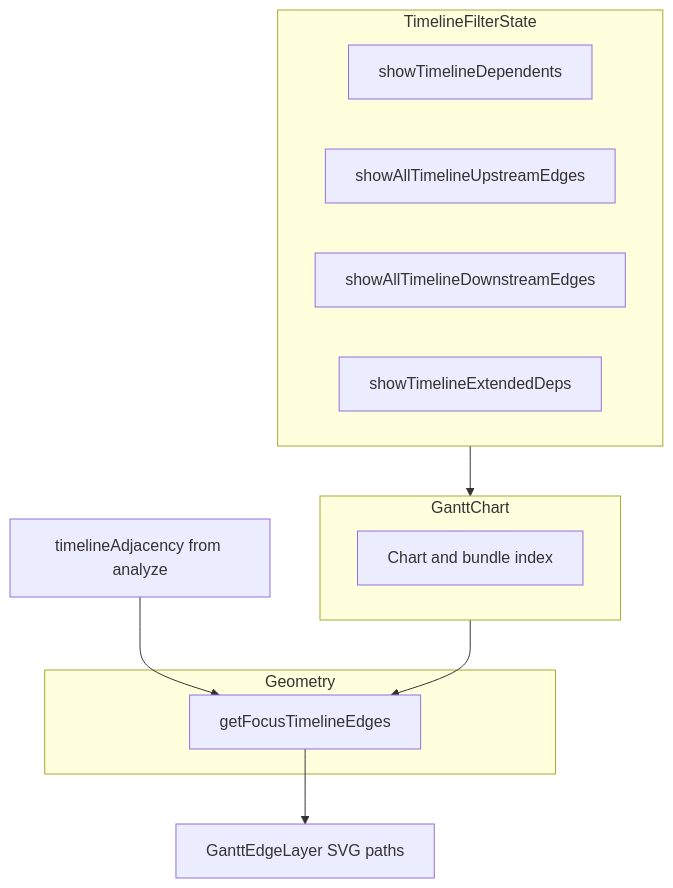
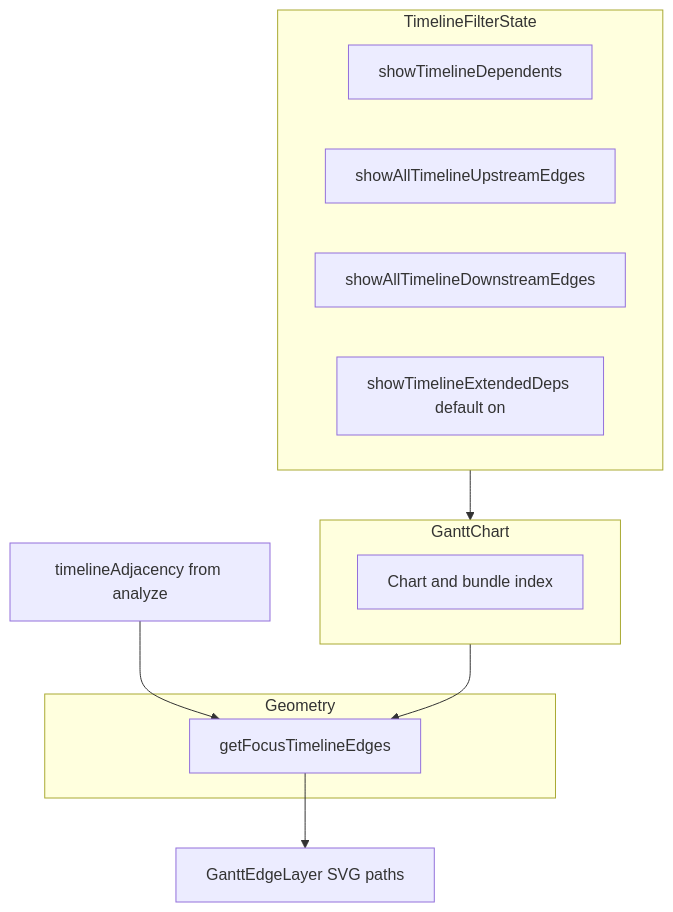
Before and after one commit to yu-iskw/dbt-artifacts-parser-ts: the diagram in docs/adr/0023-symmetric-capped-focus-dependency-edges-on-the-execution-timeline.md, drawn with Mermaid. The commit also changed other lines of this file and 9 other files, not shown here.

````diff
--- a/docs/adr/0023-symmetric-capped-focus-dependency-edges-on-the-execution-timeline.md
+++ b/docs/adr/0023-symmetric-capped-focus-dependency-edges-on-the-execution-timeline.md
@@ -54,19 +52,19 @@
 ```mermaid
 flowchart TB
   subgraph filters [TimelineFilterState]
     dep[showTimelineDependents]
     allUp[showAllTimelineUpstreamEdges]
     allDown[showAllTimelineDownstreamEdges]
-    ext[showTimelineExtendedDeps]
+    ext[showTimelineExtendedDeps default on]
   end
   subgraph chart [GanttChart]
     gc[Chart and bundle index]
   end
   subgraph derive [Geometry]
     geo[getFocusTimelineEdges]
   end
   filters --> chart
   chart --> geo
   adj[timelineAdjacency from analyze] --> geo
   geo --> svg[GanttEdgeLayer SVG paths]
 ```
````
